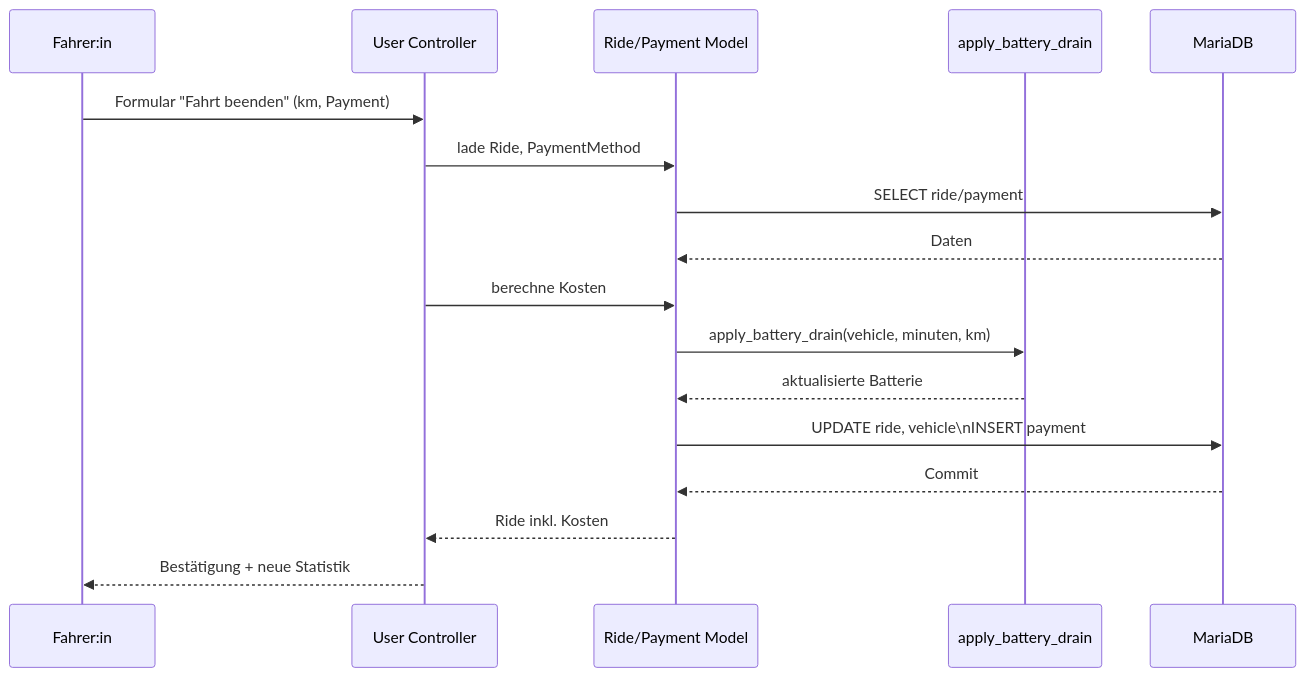
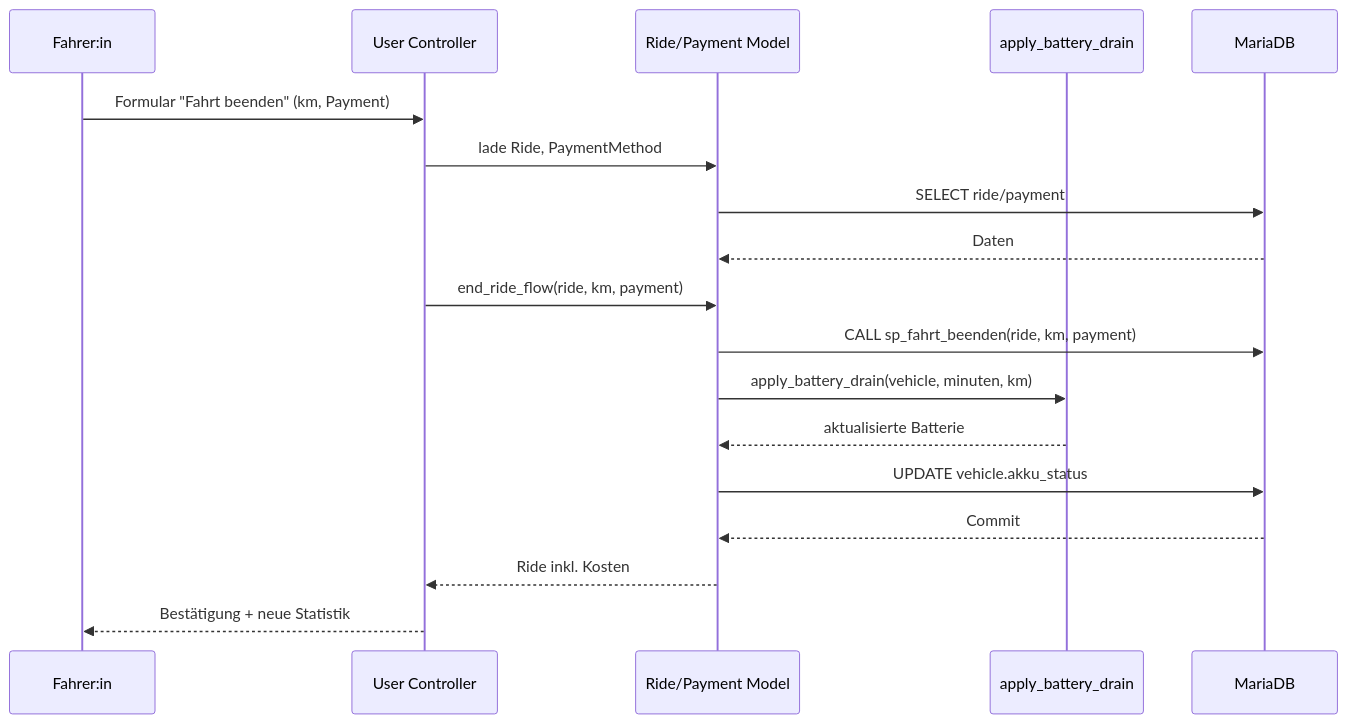
One commit to arno4000/scootcity changed the fifth of 7 diagrams in docs/05_systemarchitektur.md. Above: the diagram before and after it, drawn with Mermaid. The commit also changed other lines of this file and 21 other files, not shown here.

````diff
--- a/docs/05_systemarchitektur.md
+++ b/docs/05_systemarchitektur.md
@@ -173,20 +194,21 @@
 ```mermaid
 sequenceDiagram
     participant User as Fahrer:in
     participant UI as User Controller
     participant Model as Ride/Payment Model
     participant Util as apply_battery_drain
     participant DB as MariaDB
 
     User->>UI: Formular "Fahrt beenden" (km, Payment)
     UI->>Model: lade Ride, PaymentMethod
     Model->>DB: SELECT ride/payment
     DB-->>Model: Daten
-    UI->>Model: berechne Kosten
+    UI->>Model: end_ride_flow(ride, km, payment)
+    Model->>DB: CALL sp_fahrt_beenden(ride, km, payment)
     Model->>Util: apply_battery_drain(vehicle, minuten, km)
     Util-->>Model: aktualisierte Batterie
-    Model->>DB: UPDATE ride, vehicle\nINSERT payment
+    Model->>DB: UPDATE vehicle.akku_status
     DB-->>Model: Commit
     Model-->>UI: Ride inkl. Kosten
     UI-->>User: Bestätigung + neue Statistik
 ```
````
